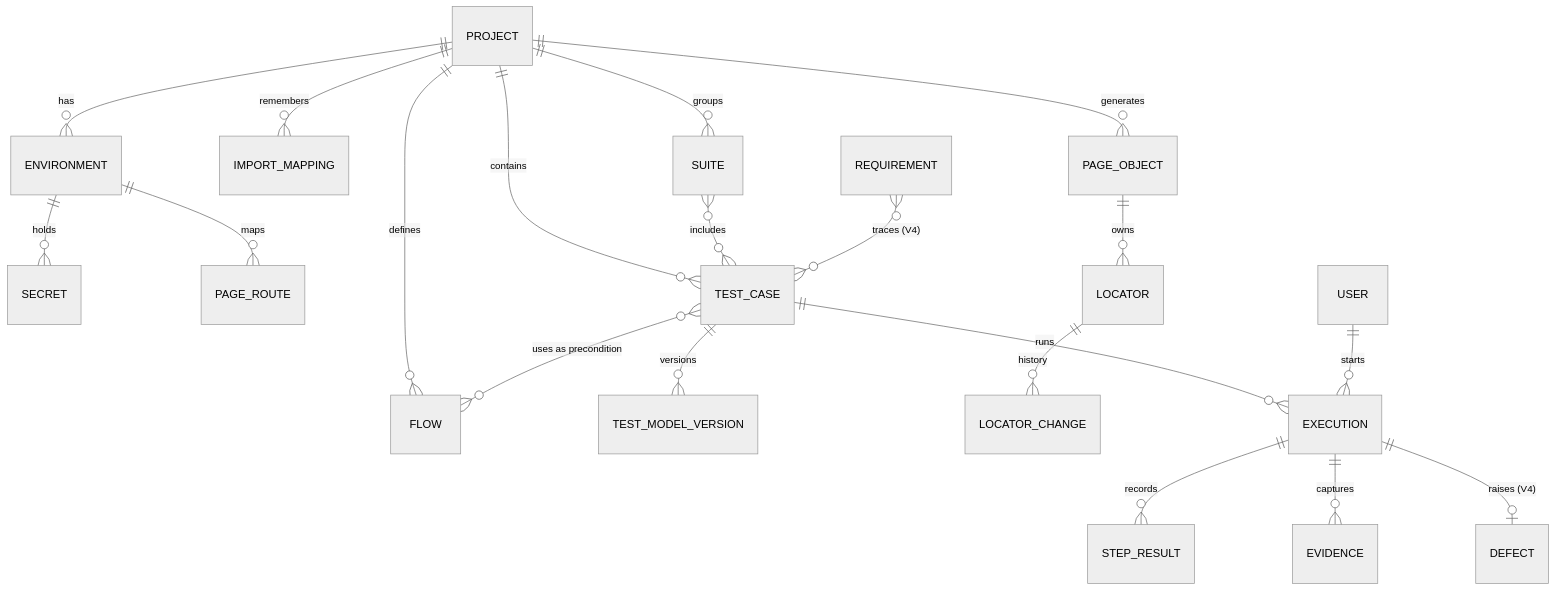
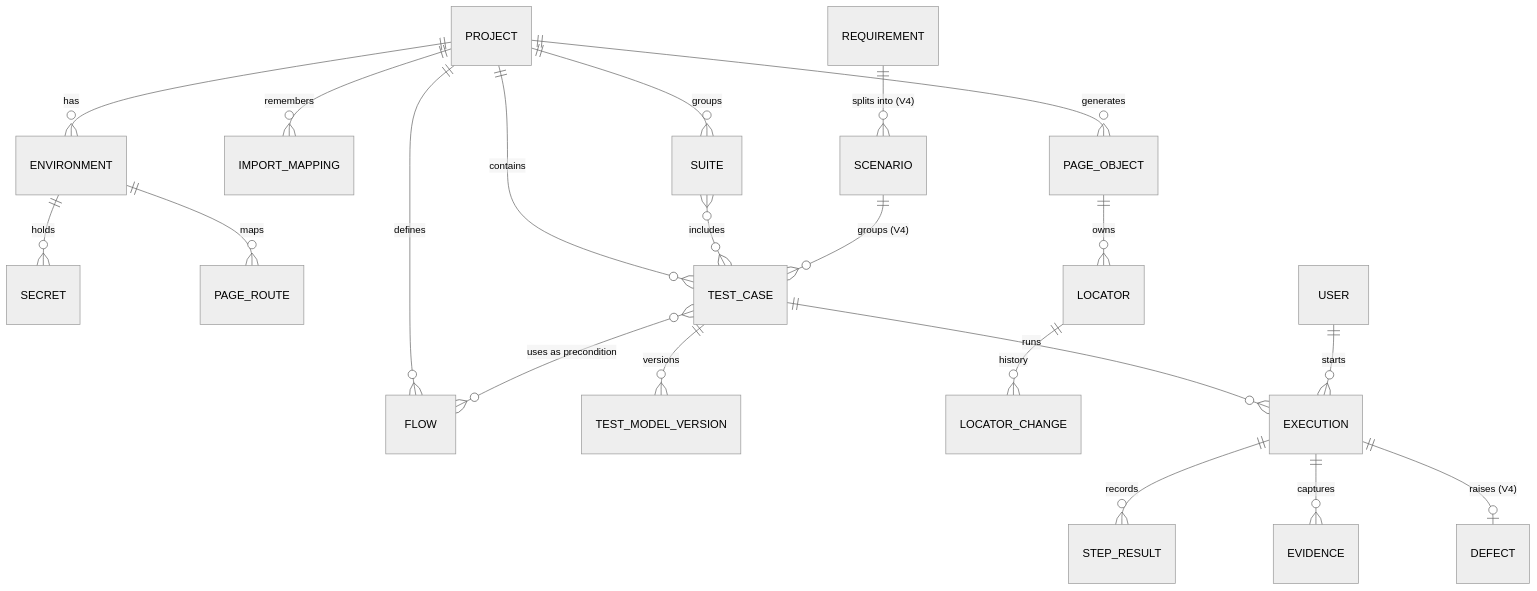
One commit to munjalaharikrishna/Auto_QA changed the eighth of 10 diagrams in docs/ARCHITECTURE.md. Above: the diagram before and after it, drawn with Mermaid (neutral theme). The commit also changed other lines of this file and 4 other files, not shown here.

````diff
--- a/docs/ARCHITECTURE.md
+++ b/docs/ARCHITECTURE.md
@@ -335,22 +335,23 @@
 ```mermaid
 erDiagram
   PROJECT ||--o{ ENVIRONMENT : has
   ENVIRONMENT ||--o{ SECRET : holds
   ENVIRONMENT ||--o{ PAGE_ROUTE : maps
   PROJECT ||--o{ IMPORT_MAPPING : remembers
   PROJECT ||--o{ TEST_CASE : contains
   PROJECT ||--o{ FLOW : defines
   TEST_CASE ||--o{ TEST_MODEL_VERSION : versions
   TEST_CASE }o--o{ FLOW : "uses as precondition"
   PROJECT ||--o{ PAGE_OBJECT : generates
   PAGE_OBJECT ||--o{ LOCATOR : owns
   LOCATOR ||--o{ LOCATOR_CHANGE : history
   PROJECT ||--o{ SUITE : groups
   SUITE }o--o{ TEST_CASE : includes
   TEST_CASE ||--o{ EXECUTION : runs
   EXECUTION ||--o{ STEP_RESULT : records
   EXECUTION ||--o{ EVIDENCE : captures
   USER ||--o{ EXECUTION : starts
-  REQUIREMENT }o--o{ TEST_CASE : "traces (V4)"
+  REQUIREMENT ||--o{ SCENARIO : "splits into (V4)"
+  SCENARIO ||--o{ TEST_CASE : "groups (V4)"
   EXECUTION ||--o| DEFECT : "raises (V4)"
 ```
````
